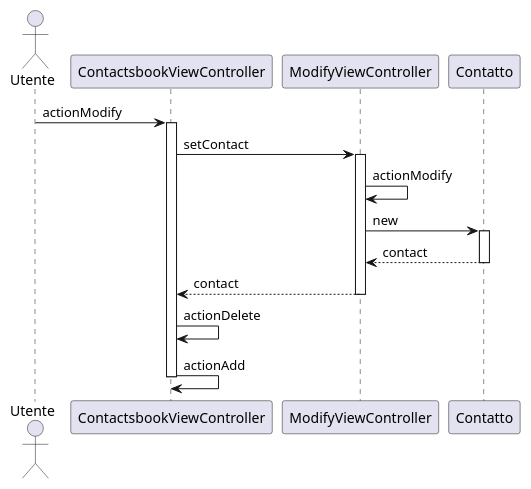
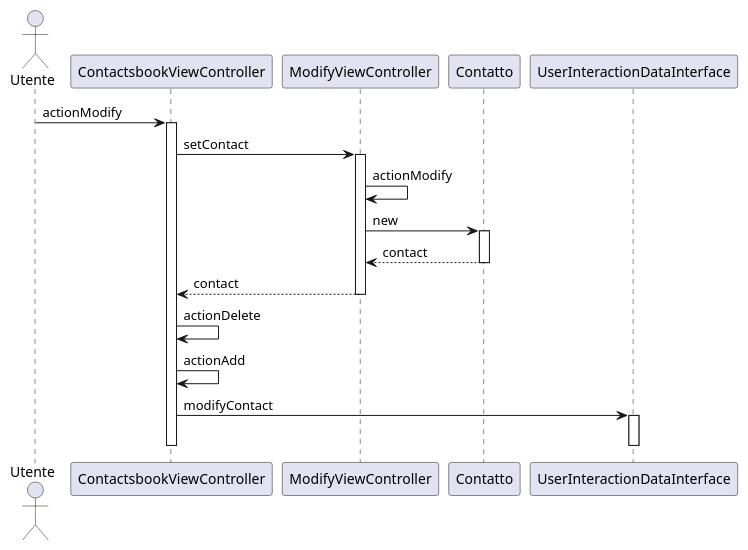
The diagram in src/main/resources/SequenceDiagrams/SequenceDiagram_actionModify.puml (CupoMeridio/Ingegneria-del-software-2024-2025), drawn with PlantUML before and after one commit. The commit also changed 1 other file, not shown here.

Commit message:
Sequence Diagram actionModify e actionAdd

```diff
--- a/src/main/resources/SequenceDiagrams/SequenceDiagram_actionModify.puml
+++ b/src/main/resources/SequenceDiagrams/SequenceDiagram_actionModify.puml
@@ -1,22 +1,26 @@
 @startuml
 actor Utente
 participant ContactsbookViewController
 participant ModifyViewController
 participant "Contatto" as Contact
+participant UserInteractionDataInterface
 
 
 Utente -> ContactsbookViewController: actionModify
 activate ContactsbookViewController
 ContactsbookViewController->ModifyViewController: setContact
 activate ModifyViewController
 ModifyViewController -> ModifyViewController: actionModify
 ModifyViewController->Contact:new
 activate Contact
 Contact-->ModifyViewController:contact
 deactivate Contact
 ModifyViewController-->ContactsbookViewController: contact
 deactivate ModifyViewController
 ContactsbookViewController->ContactsbookViewController: actionDelete
 ContactsbookViewController->ContactsbookViewController: actionAdd
+ContactsbookViewController->UserInteractionDataInterface: modifyContact
+activate UserInteractionDataInterface
+deactivate UserInteractionDataInterface
 deactivate ContactsbookViewController
 @enduml 
```
